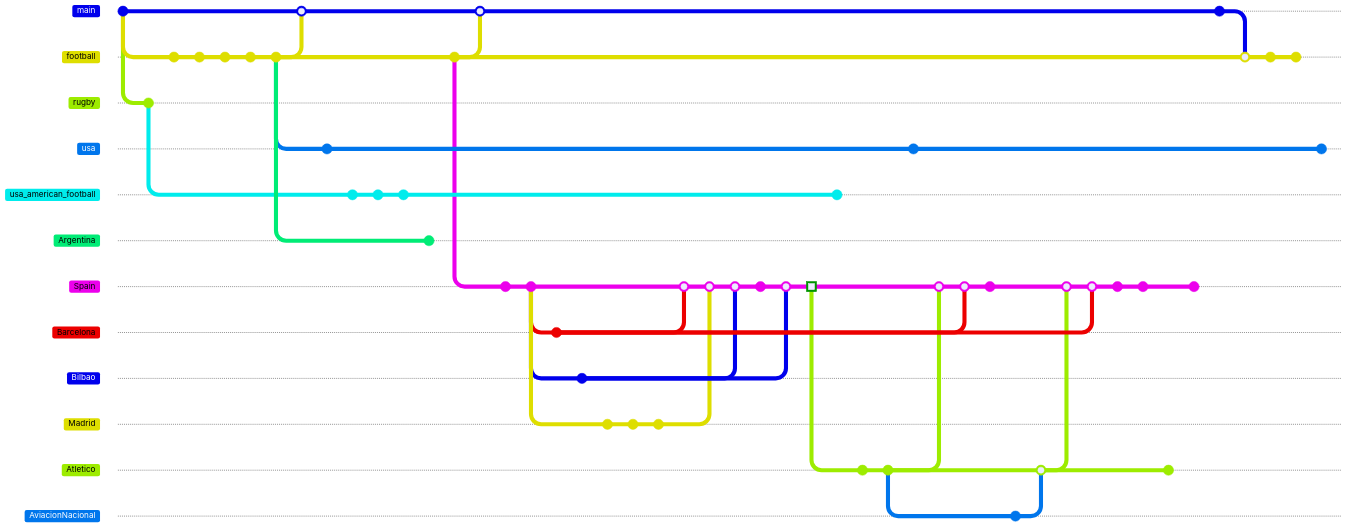
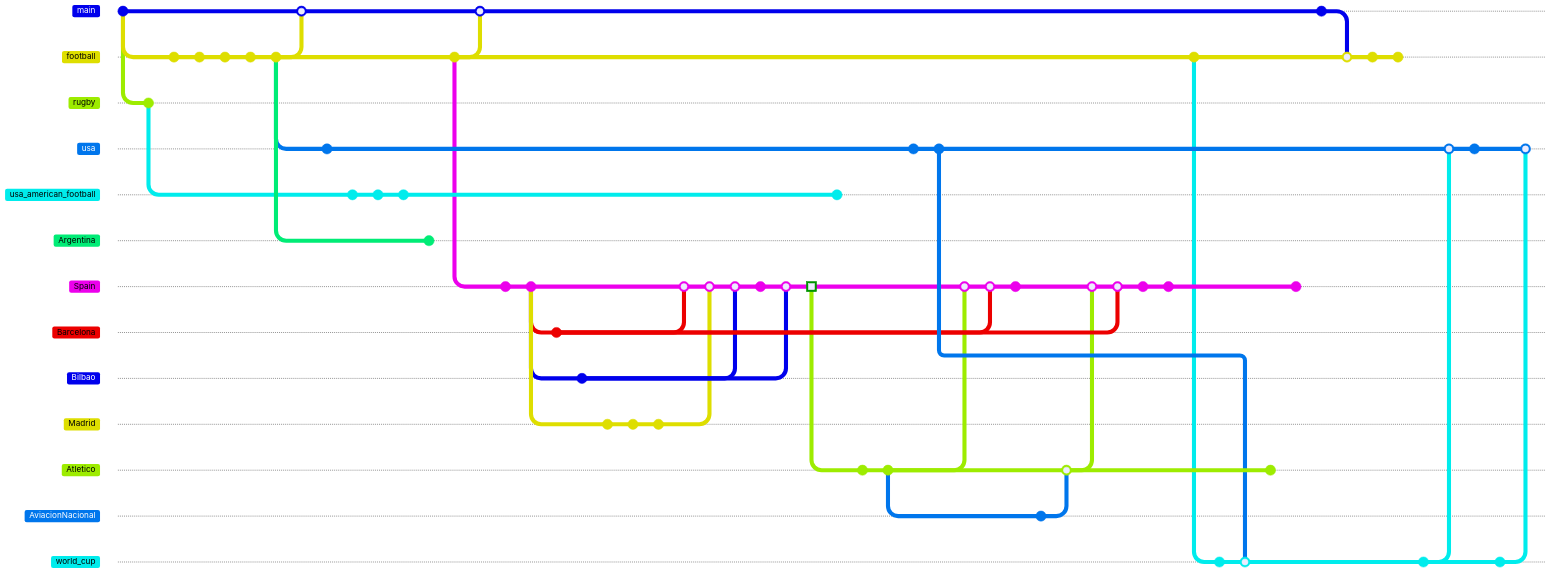
One commit to sarnobat/mermaid changed the third of 11 diagrams in README.md. Above: the diagram before and after it, drawn with Mermaid. Commit ids are hidden.

Commit message:
2026-06-19: README.md

````diff
--- a/README.md
+++ b/README.md
@@ -118,7 +118,8 @@
     commit id: "Attended by Bilbao students in Madrid"
     commit id: "1908 Stripes vs Real"
     checkout usa
-    commit id: "1921 NASL founded"
+    commit id: "1921 American Soccer League founded"
+    commit id: "1930 USA enters first World Cup"
     checkout Spain
     merge Atletico
     merge Barcelona
@@ -134,6 +135,12 @@
     merge Barcelona
     commit id: "1921 Copa del Rey final"
     commit id: "1928 Campeonato Nacional (League) founded"
+    checkout football
+    commit id: "1904 FIFA founded"
+    branch world_cup
+    checkout world_cup
+    commit id: "1908 FIFA stages Olympic football tournament"
+    merge usa id: "1930 First FIFA World Cup"
     checkout Atletico
     commit id: "1940 Atletico Aviacion win last Madrid regional league"
     checkout Spain
@@ -144,6 +151,13 @@
     merge main
     commit id: "1955 weekday football becomes possible, European Cup inaugurated"
     commit id: "1963 transfer system inception"
+    checkout world_cup
+    commit id: "1966 England win World Cup"
     checkout usa
+    merge world_cup
     commit id: "1967 NASL founded"
+    checkout world_cup
+    commit id: "1970 Brazil win World Cup"
+    checkout usa
+    merge world_cup id: "1975 Pele joins NY Cosmos"
 ```
````
